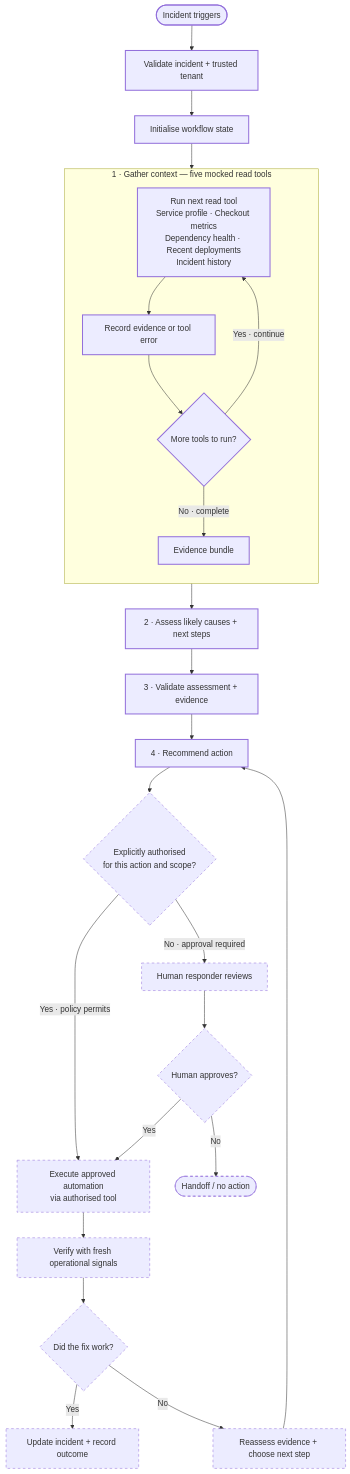
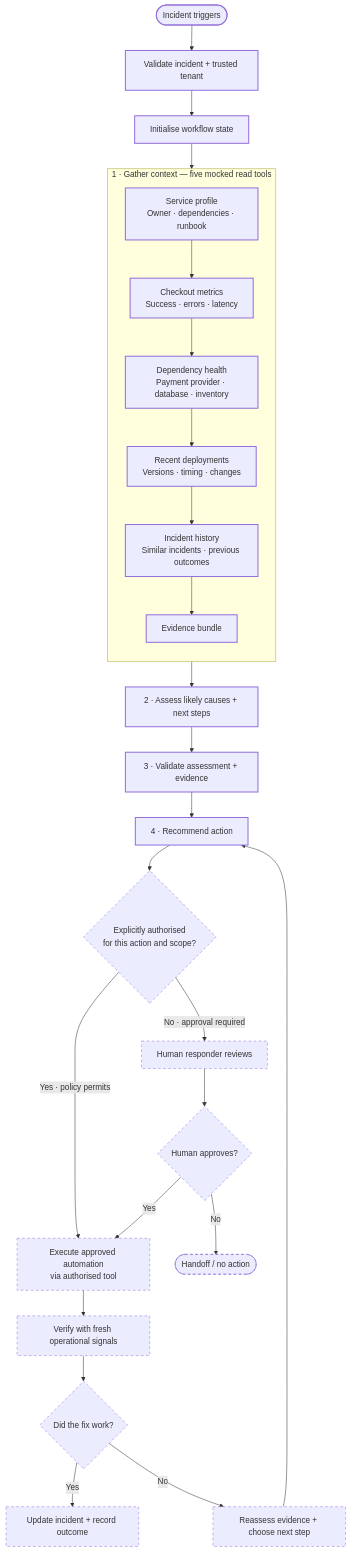
The diagram in README.md (rudolfo-felix/pager-duty), drawn with Mermaid before and after one commit. The commit also changed other lines of this file, not shown here.

Commit message:
Clarify context gathering tools in architecture diagram

````diff
--- a/README.md
+++ b/README.md
@@ -47,38 +47,39 @@
 ```mermaid
 flowchart TD
     A(["Incident triggers"]) --> B["Validate incident + trusted tenant"]
     B --> C["Initialise workflow state"]
 
     subgraph G["1 · Gather context — five mocked read tools"]
       direction TB
-      D["Run next read tool<br/>Service profile · Checkout metrics<br/>Dependency health · Recent deployments<br/>Incident history"]
-      X["Record evidence or tool error"]
-      R{"More tools to run?"}
-      D --> X --> R
-      R -- "Yes · continue" --> D
-      R -- "No · complete" --> E["Evidence bundle"]
+      T1["Service profile<br/>Owner · dependencies · runbook"]
+      T2["Checkout metrics<br/>Success · errors · latency"]
+      T3["Dependency health<br/>Payment provider · database · inventory"]
+      T4["Recent deployments<br/>Versions · timing · changes"]
+      T5["Incident history<br/>Similar incidents · previous outcomes"]
+      T1 --> T2 --> T3 --> T4 --> T5
+      T5 --> E["Evidence bundle"]
     end
 
-    C --> D
+    C --> T1
     E --> F["2 · Assess likely causes + next steps"]
     F --> V["3 · Validate assessment + evidence"]
     V --> H["4 · Recommend action"]
     H --> Z{"Explicitly authorised<br/>for this action and scope?"}
 
     Z -- "Yes · policy permits" --> J["Execute approved automation<br/>via authorised tool"]
     Z -- "No · approval required" --> K["Human responder reviews"]
     K --> L{"Human approves?"}
     L -- "Yes" --> J
     L -- "No" --> M(["Handoff / no action"])
 
     J --> N["Verify with fresh operational signals"]
     N --> O{"Did the fix work?"}
     O -- "Yes" --> P["Update incident + record outcome"]
     O -- "No" --> Q["Reassess evidence + choose next step"]
     Q --> H
 
     classDef implemented stroke-width:2px
-    class A,B,C,D,X,R,E,F,V,H implemented
+    class A,B,C,T1,T2,T3,T4,T5,E,F,V,H implemented
     class Z,J,K,L,M,N,O,P,Q production
     classDef production stroke-dasharray:5 5
 ```
````
